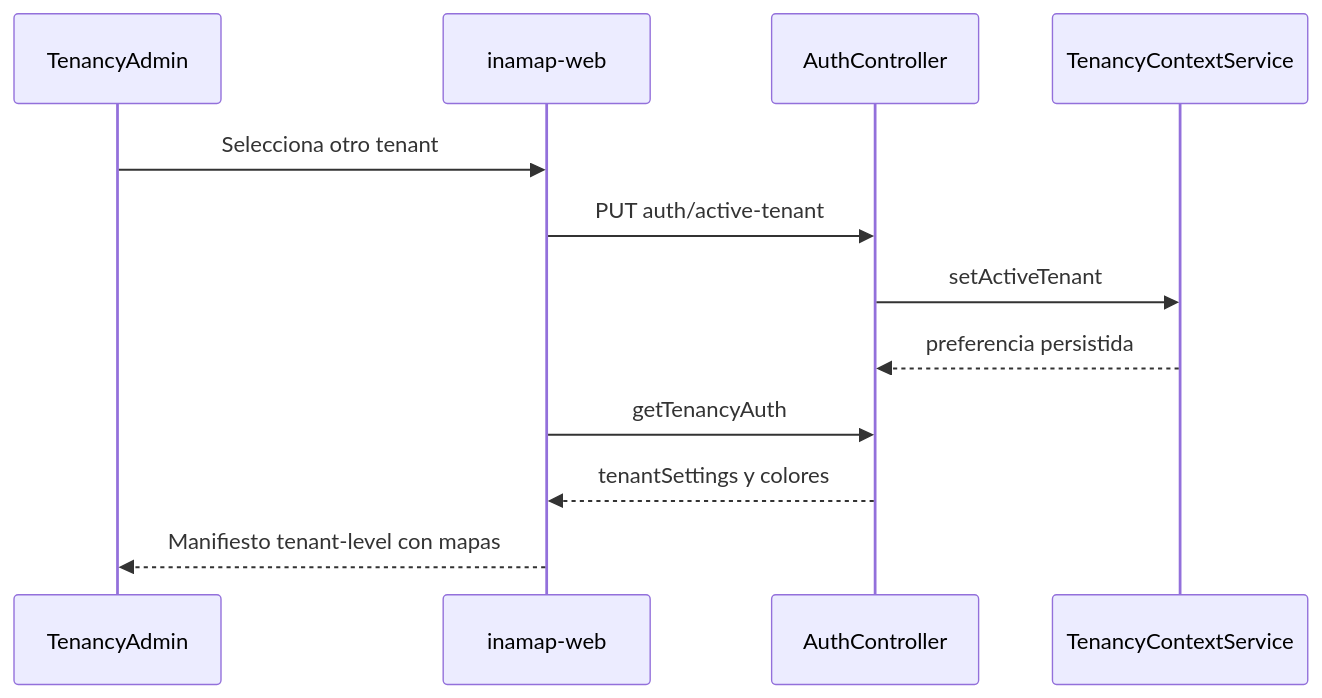
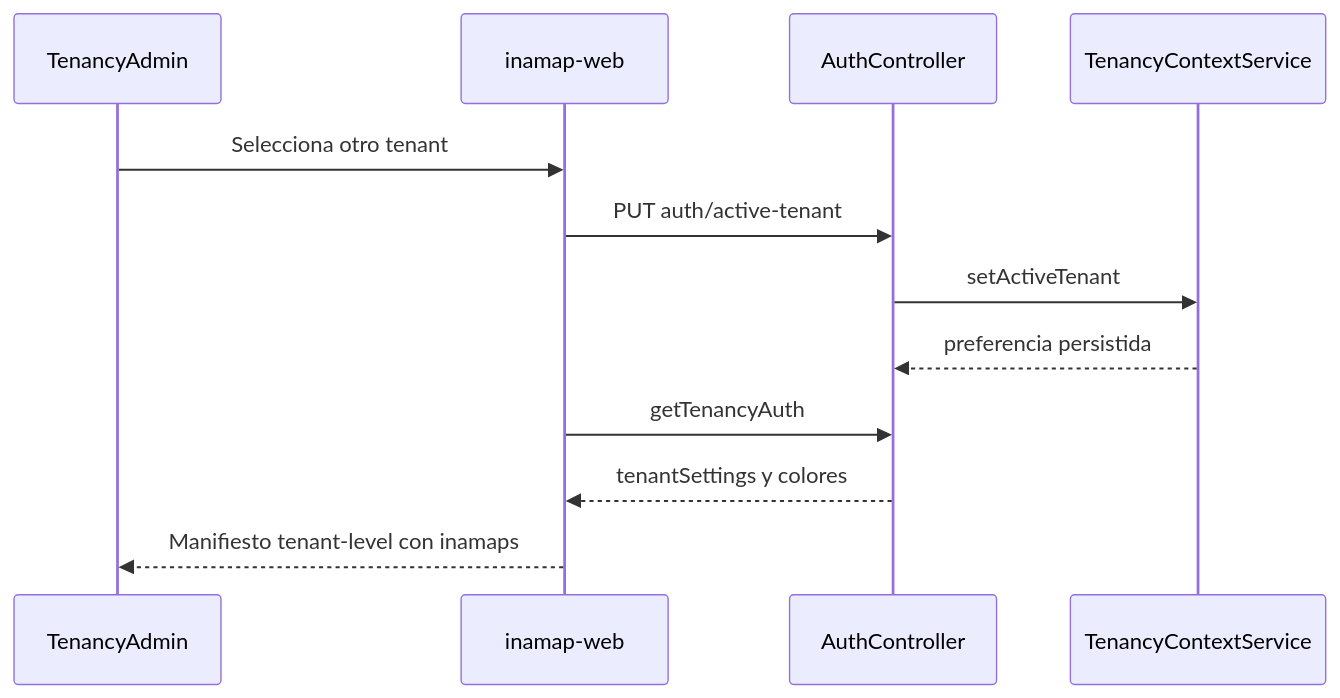
One commit to farandal/inamap-backend-domain changed diagram 17 of 21 in README.md. Above: the diagram before and after it, drawn with Mermaid. The commit also changed other lines of this file, not shown here.

````diff
--- a/README.md
+++ b/README.md
@@ -1011,15 +1168,15 @@
 ```mermaid
 sequenceDiagram
     participant U as TenancyAdmin
     participant W as inamap-web
     participant API as AuthController
     participant C as TenancyContextService
 
     U->>W: Selecciona otro tenant
     W->>API: PUT auth/active-tenant
     API->>C: setActiveTenant
     C-->>API: preferencia persistida
     W->>API: getTenancyAuth
     API-->>W: tenantSettings y colores
-    W-->>U: Manifiesto tenant-level con mapas
+    W-->>U: Manifiesto tenant-level con inamaps
 ```
````
